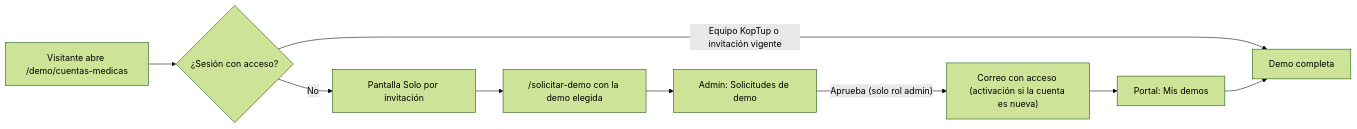
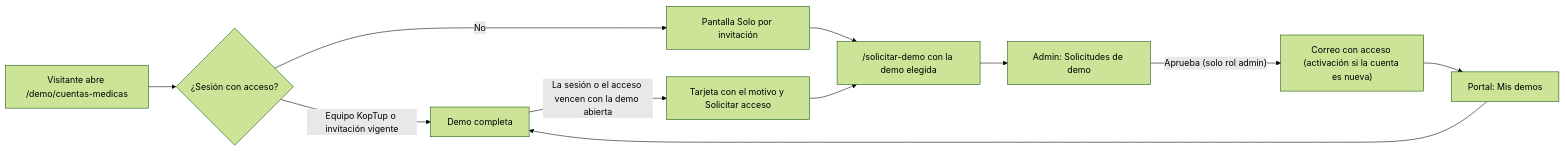
One commit to ronalc90/koptup changed the second of 2 diagrams in docs/wiki/Guia-Demo-cuentas-medicas.md. Above: the diagram before and after it, drawn with Mermaid (forest theme). The commit also changed other lines of this file and 37 other files, not shown here.

````diff
--- a/docs/wiki/Guia-Demo-cuentas-medicas.md
+++ b/docs/wiki/Guia-Demo-cuentas-medicas.md
@@ -246,11 +285,13 @@
 ```mermaid
 flowchart LR
     V["Visitante abre /demo/cuentas-medicas"] --> S{"¿Sesión con acceso?"}
     S -- "Equipo KopTup o invitación vigente" --> D["Demo completa"]
     S -- "No" --> P["Pantalla Solo por invitación"]
     P --> F["/solicitar-demo con la demo elegida"]
     F --> AD["Admin: Solicitudes de demo"]
     AD -- "Aprueba (solo rol admin)" --> E["Correo con acceso (activación si la cuenta es nueva)"]
     E --> M["Portal: Mis demos"]
     M --> D
+    D -- "La sesión o el acceso vencen con la demo abierta" --> I["Tarjeta con el motivo y Solicitar acceso"]
+    I --> F
 ```
````
